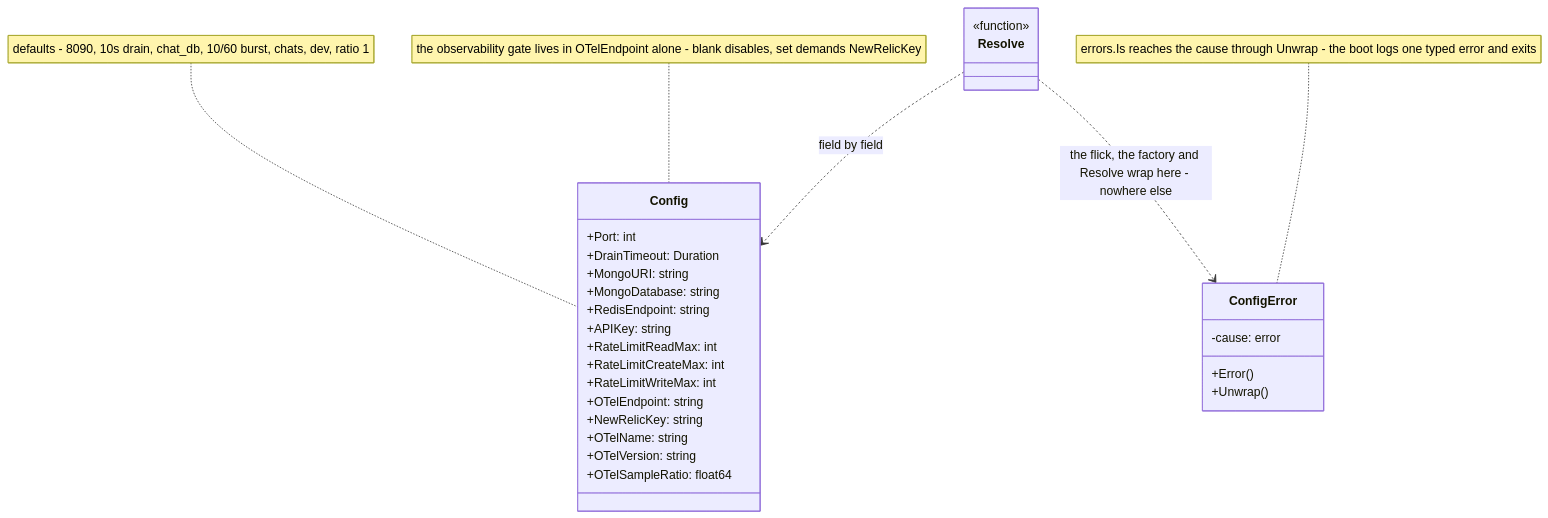
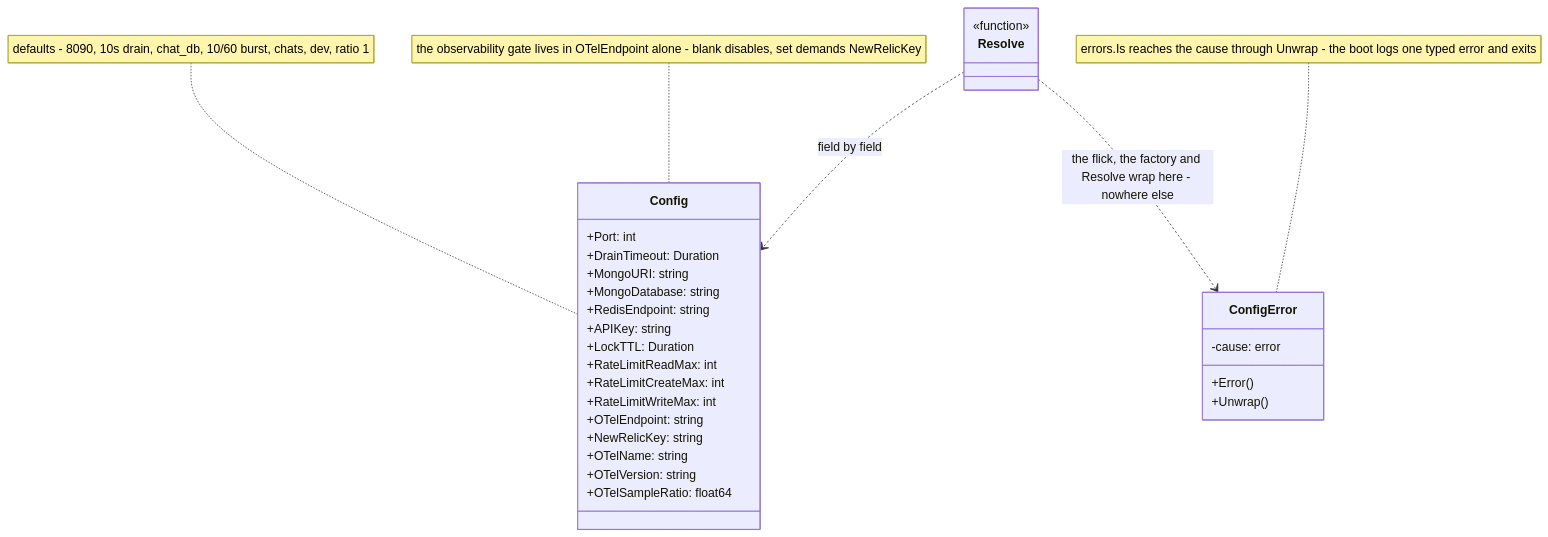
Before and after one commit to kunalPisolkar24/detectAI: the fourth of 4 diagrams in services/chats/docs/getting-started/configuration.md, drawn with Mermaid. The commit also changed other lines of this file and 31 other files, not shown here.

````diff
--- a/services/chats/docs/getting-started/configuration.md
+++ b/services/chats/docs/getting-started/configuration.md
@@ -169,32 +170,33 @@
 ```mermaid
 classDiagram
     class Resolve {
         <<function>>
     }
     class Config {
         +Port: int
         +DrainTimeout: Duration
         +MongoURI: string
         +MongoDatabase: string
         +RedisEndpoint: string
         +APIKey: string
+        +LockTTL: Duration
         +RateLimitReadMax: int
         +RateLimitCreateMax: int
         +RateLimitWriteMax: int
         +OTelEndpoint: string
         +NewRelicKey: string
         +OTelName: string
         +OTelVersion: string
         +OTelSampleRatio: float64
     }
     class ConfigError {
         -cause: error
         +Error()
         +Unwrap()
     }
     Resolve ..> Config : field by field
     Resolve ..> ConfigError : the flick, the factory and Resolve wrap here - nowhere else
     note for Config "defaults - 8090, 10s drain, chat_db, 10/60 burst, chats, dev, ratio 1"
     note for Config "the observability gate lives in OTelEndpoint alone - blank disables, set demands NewRelicKey"
     note for ConfigError "errors.Is reaches the cause through Unwrap - the boot logs one typed error and exits"
 ```
````
